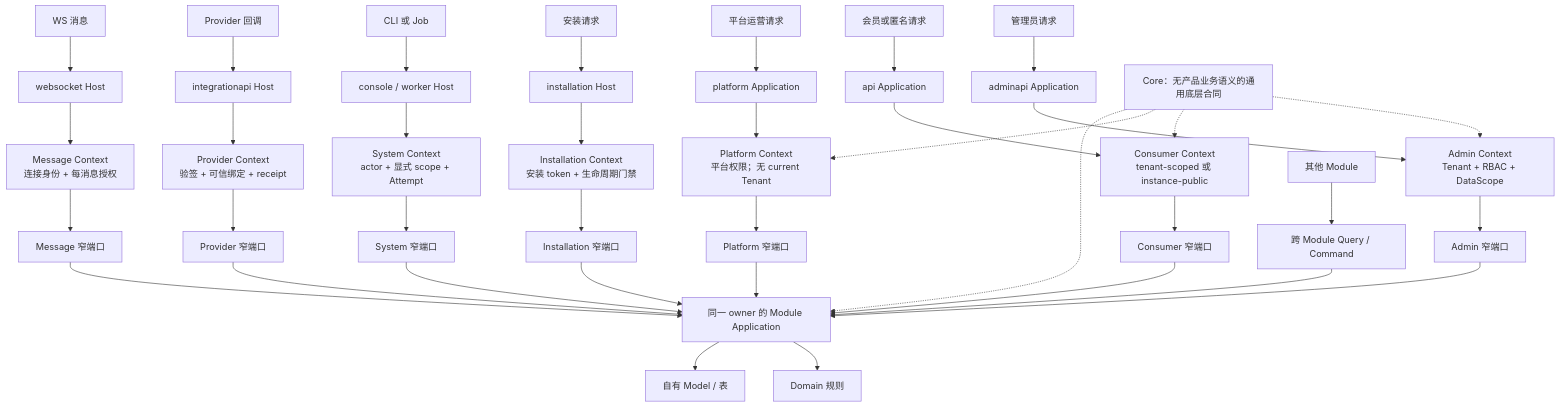
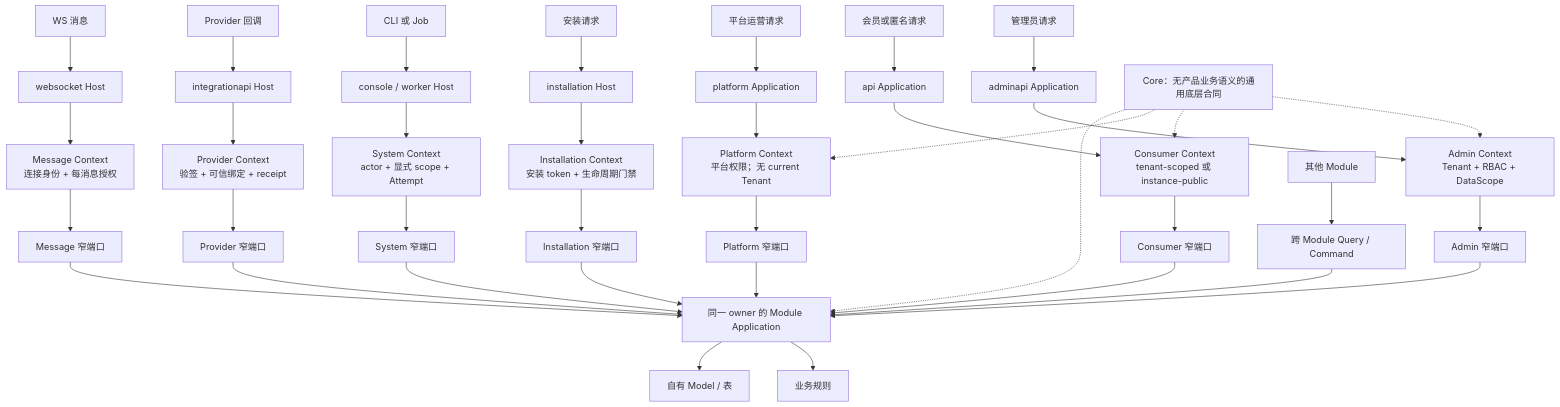
One commit to peanut-business/peanut-admin changed the diagram in docs/architecture/application-module-blueprint/README.md. Above: the diagram before and after it, drawn with Mermaid. The commit also changed other lines of this file and 9 other files, not shown here.

````diff
--- a/docs/architecture/application-module-blueprint/README.md
+++ b/docs/architecture/application-module-blueprint/README.md
@@ -61,34 +61,34 @@
 ```mermaid
 flowchart TB
     Admin[管理员请求] --> AdminApi[adminapi Application] --> AdminContext[Admin Context<br/>Tenant + RBAC + DataScope]
     Consumer[会员或匿名请求] --> Api[api Application] --> ConsumerContext[Consumer Context<br/>tenant-scoped 或 instance-public]
     PlatformUser[平台运营请求] --> Platform[platform Application] --> PlatformContext[Platform Context<br/>平台权限；无 current Tenant]
     Installer[安装请求] --> Installation[installation Host] --> InstallContext[Installation Context<br/>安装 token + 生命周期门禁]
     Scheduled[CLI 或 Job] --> Worker[console / worker Host] --> SystemContext[System Context<br/>actor + 显式 scope + Attempt]
     Provider[Provider 回调] --> Callback[integrationapi Host] --> ProviderContext[Provider Context<br/>验签 + 可信绑定 + receipt]
     Socket[WS 消息] --> WebSocket[websocket Host] --> MessageContext[Message Context<br/>连接身份 + 每消息授权]
 
     AdminContext --> AdminPort[Admin 窄端口]
     ConsumerContext --> ConsumerPort[Consumer 窄端口]
     PlatformContext --> PlatformPort[Platform 窄端口]
     InstallContext --> InstallationPort[Installation 窄端口]
     SystemContext --> SystemPort[System 窄端口]
     ProviderContext --> ProviderPort[Provider 窄端口]
     MessageContext --> MessagePort[Message 窄端口]
     Other[其他 Module] --> ModulePort[跨 Module Query / Command]
     AdminPort --> UseCase[同一 owner 的 Module Application]
     ConsumerPort --> UseCase
     PlatformPort --> UseCase
     InstallationPort --> UseCase
     SystemPort --> UseCase
     ProviderPort --> UseCase
     MessagePort --> UseCase
     ModulePort --> UseCase
-    UseCase --> Domain[Domain 规则]
+    UseCase --> Domain[业务规则]
     UseCase --> Persistence[自有 Model / 表]
 
     Core[Core：无产品业务语义的通用底层合同] -.-> AdminContext
     Core -.-> ConsumerContext
     Core -.-> PlatformContext
     Core -.-> UseCase
 ```
````
